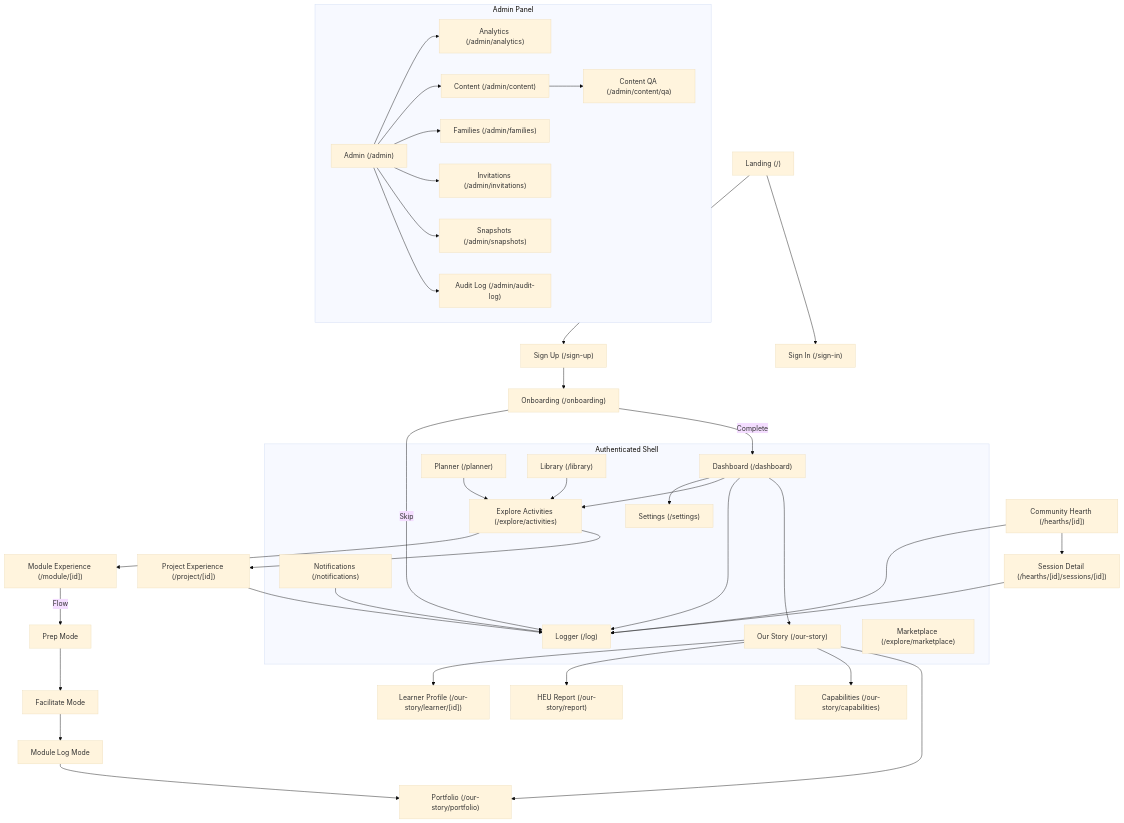
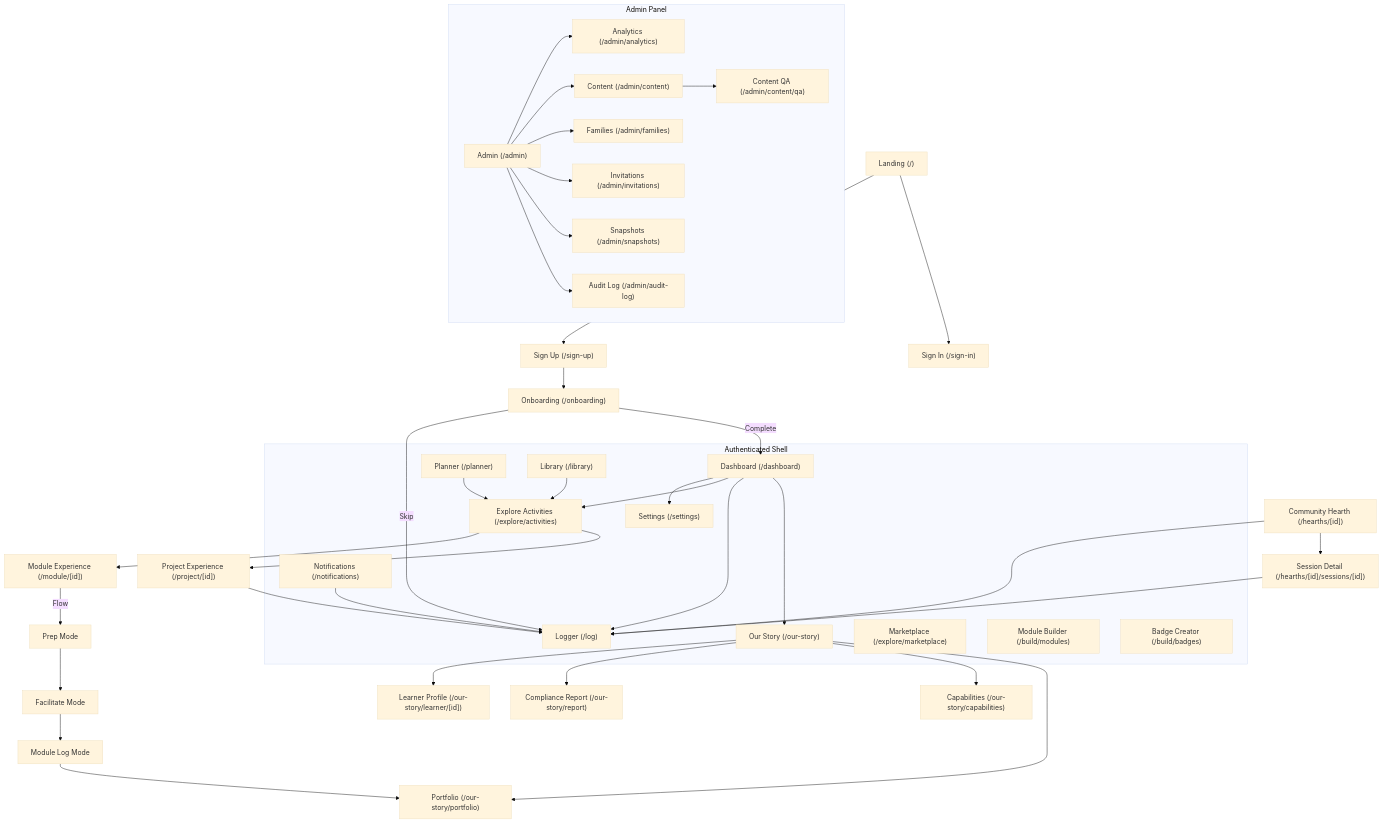
The diagram in docs/SITEMAP.md (Glorptraag/hearth), drawn with Mermaid (base theme) before and after one commit. The commit also changed other lines of this file and 8 other files, not shown here.

````diff
--- a/docs/SITEMAP.md
+++ b/docs/SITEMAP.md
@@ -7,73 +7,75 @@
 ```mermaid
 graph TD
     %% Public Routes
     Landing["Landing (/)"] --> SignIn["Sign In (/sign-in)"]
     Landing --> SignUp["Sign Up (/sign-up)"]
     SignUp --> Onboarding["Onboarding (/onboarding)"]
     
     %% Main Auth Shell
     subgraph AuthShell ["Authenticated Shell"]
         Dashboard["Dashboard (/dashboard)"]
         Planner["Planner (/planner)"]
         Log["Logger (/log)"]
         OurStory["Our Story (/our-story)"]
         Library["Library (/library)"]
         Explore["Explore Activities (/explore/activities)"]
         Marketplace["Marketplace (/explore/marketplace)"]
         Settings["Settings (/settings)"]
         Notifications["Notifications (/notifications)"]
+        BuildModules["Module Builder (/build/modules)"]
+        BuildBadges["Badge Creator (/build/badges)"]
     end
 
     Onboarding -- Complete --> Dashboard
     Onboarding -- Skip --> Log
 
     %% Dashboard Cross-Links
     Dashboard --> OurStory
     Dashboard --> Log
     Dashboard --> Explore
     Dashboard --> Settings
 
     %% Our Story Branching
     OurStory --> Portfolio["Portfolio (/our-story/portfolio)"]
     OurStory --> Capabilities["Capabilities (/our-story/capabilities)"]
-    OurStory --> HEUReport["HEU Report (/our-story/report)"]
+    OurStory --> ComplianceReport["Compliance Report (/our-story/report)"]
     OurStory --> LearnerProfile["Learner Profile (/our-story/learner/[id])"]
 
     %% Experience Engines
     Library --> Explore
     Explore --> ProjectExp["Project Experience (/project/[id])"]
     Explore --> ModuleExp["Module Experience (/module/[id])"]
     
     ProjectExp --> Log
     
     ModuleExp -- Flow --> Prep["Prep Mode"]
     Prep --> Facilitate["Facilitate Mode"]
     Facilitate --> LogMode["Module Log Mode"]
     LogMode --> Portfolio
 
     %% Global Flows
     Planner --> Explore
     HearthDetail["Community Hearth (/hearths/[id])"] --> Log
     HearthDetail --> SessionDetail["Session Detail (/hearths/[id]/sessions/[id])"]
     SessionDetail --> Log
     Notifications --> Log
     
     %% Admin Shell
     subgraph AdminShell ["Admin Panel"]
         AdminHome["Admin (/admin)"]
         AdminAnalytics["Analytics (/admin/analytics)"]
         AdminContent["Content (/admin/content)"]
         AdminFamilies["Families (/admin/families)"]
         AdminInvitations["Invitations (/admin/invitations)"]
         AdminSnapshots["Snapshots (/admin/snapshots)"]
         AdminAudit["Audit Log (/admin/audit-log)"]
         AdminQA["Content QA (/admin/content/qa)"]
     end
     AdminHome --> AdminAnalytics
     AdminHome --> AdminContent
     AdminHome --> AdminFamilies
     AdminHome --> AdminInvitations
     AdminHome --> AdminSnapshots
     AdminHome --> AdminAudit
     AdminContent --> AdminQA
 ```
````
